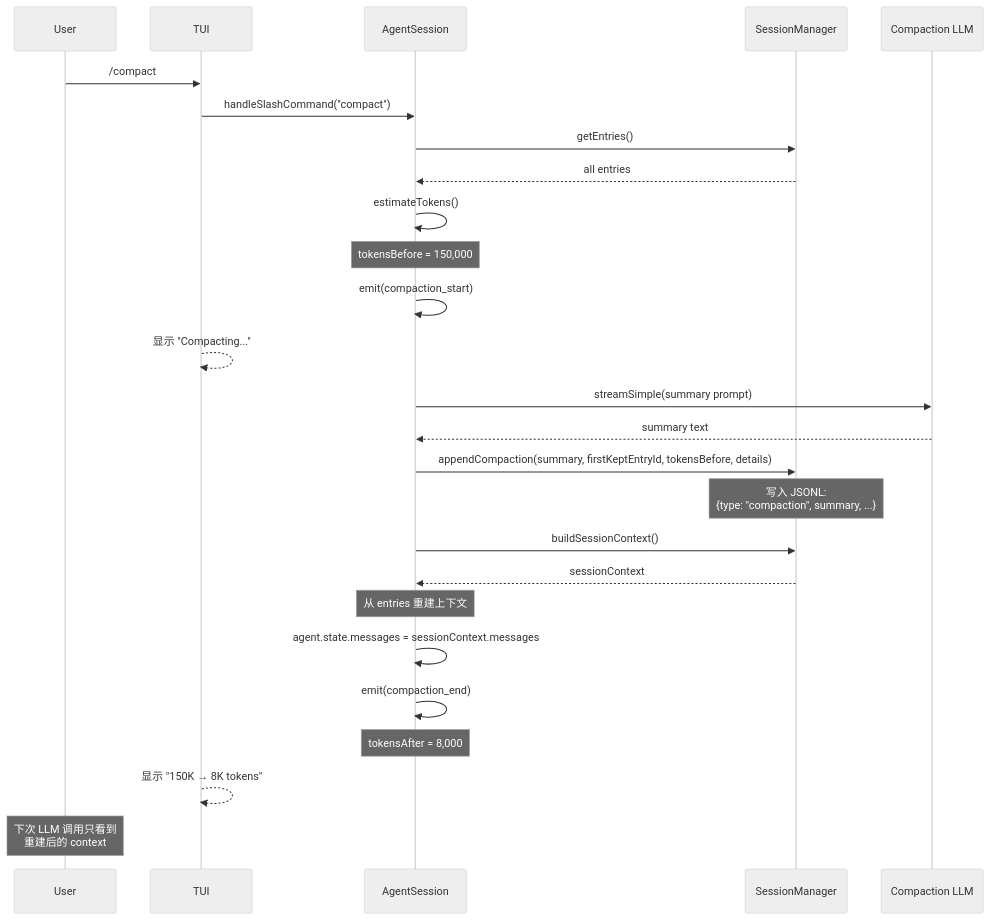
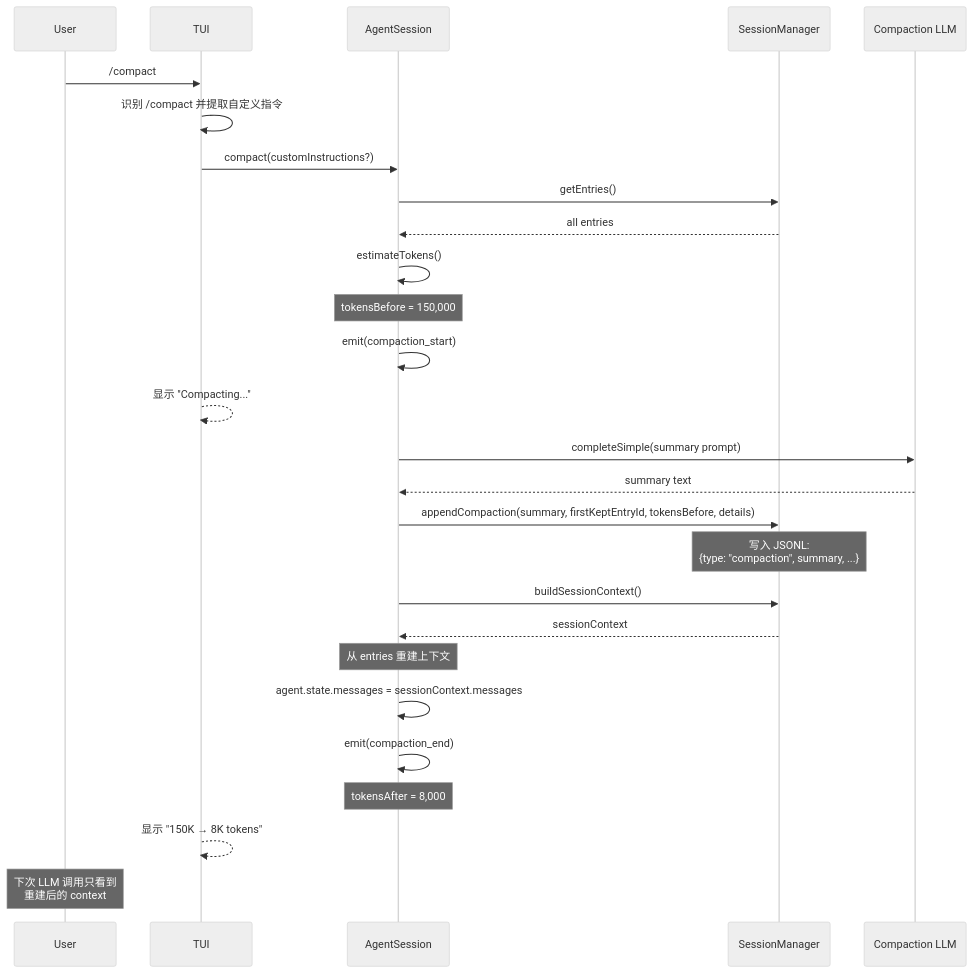
One commit to endlessc/pi-book changed the second of 2 diagrams in src/appendix.md. Above: the diagram before and after it, drawn with Mermaid (neutral theme). The commit also changed other lines of this file and 8 other files, not shown here.

````diff
--- a/src/appendix.md
+++ b/src/appendix.md
@@ -206,35 +207,36 @@
 ```mermaid
 sequenceDiagram
     participant User
     participant TUI
     participant Session as AgentSession
     participant SM as SessionManager
     participant LLM as Compaction LLM
 
     User->>TUI: /compact
-    TUI->>Session: handleSlashCommand("compact")
+    TUI->>TUI: 识别 /compact 并提取自定义指令
+    TUI->>Session: compact(customInstructions?)
     Session->>SM: getEntries()
     SM-->>Session: all entries
     Session->>Session: estimateTokens()
     Note over Session: tokensBefore = 150,000
     
     Session->>Session: emit(compaction_start)
     TUI-->>TUI: 显示 "Compacting..."
     
-    Session->>LLM: streamSimple(summary prompt)
+    Session->>LLM: completeSimple(summary prompt)
     LLM-->>Session: summary text
     
     Session->>SM: appendCompaction(summary, firstKeptEntryId, tokensBefore, details)
     Note over SM: 写入 JSONL:<br/>{type: "compaction", summary, ...}
     
     Session->>SM: buildSessionContext()
     SM-->>Session: sessionContext
     Note over Session: 从 entries 重建上下文
     Session->>Session: agent.state.messages = sessionContext.messages
     
     Session->>Session: emit(compaction_end)
     Note over Session: tokensAfter = 8,000
     TUI-->>TUI: 显示 "150K → 8K tokens"
     
     Note over User: 下次 LLM 调用只看到<br/>重建后的 context
 ```
````
